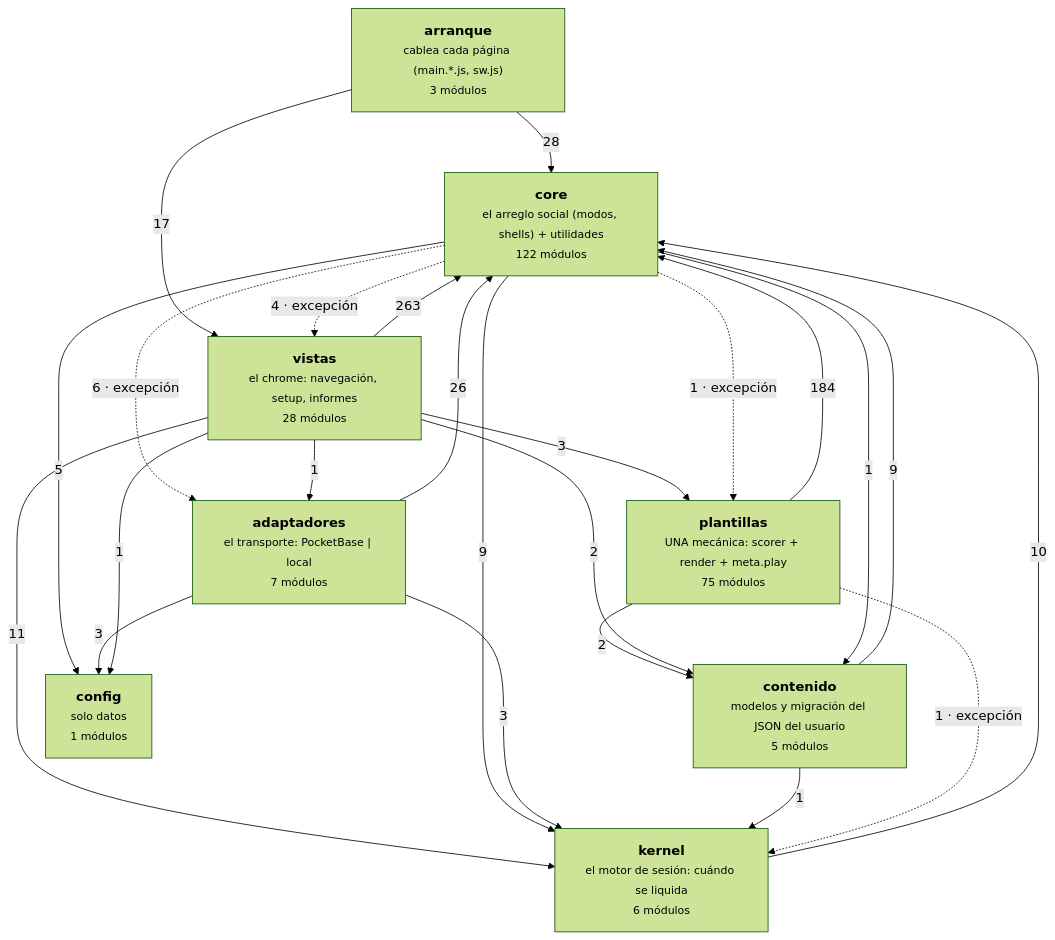
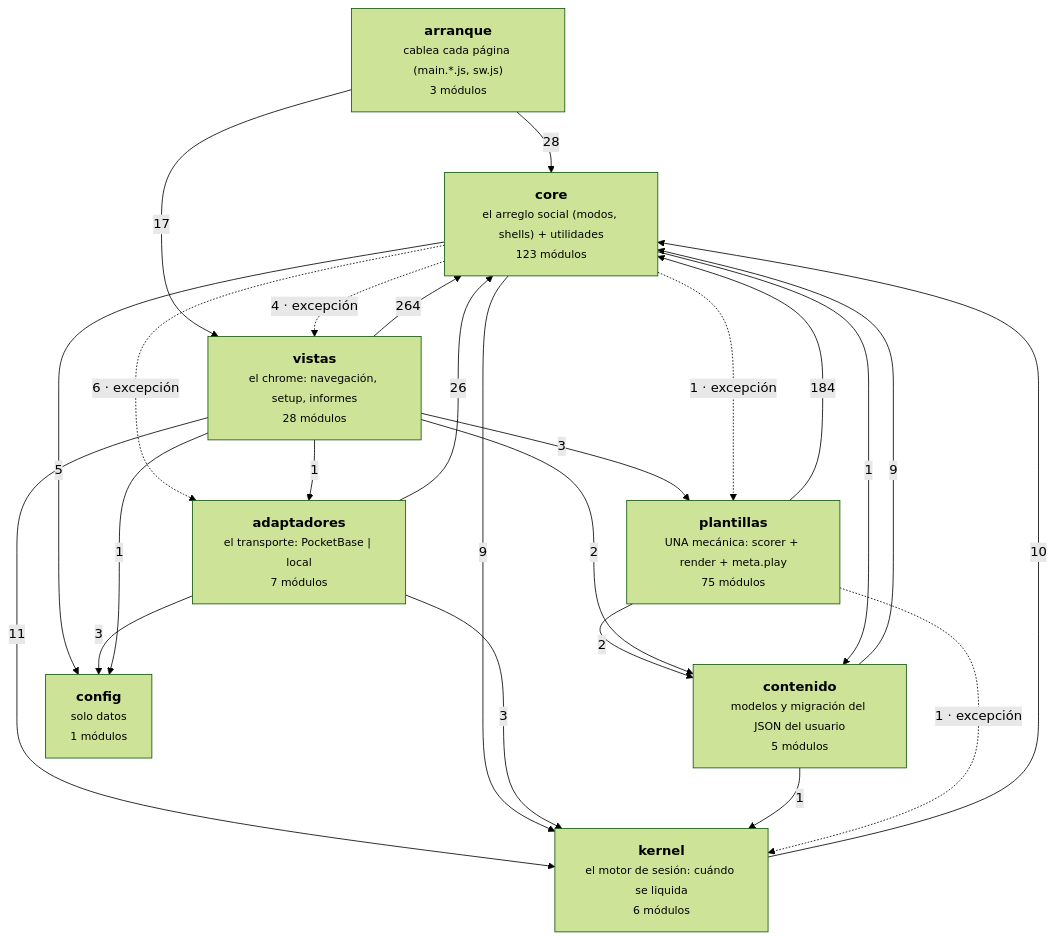
Before and after one commit to duecaz/ac: the diagram in docs/arquitectura-modulos.md, drawn with Mermaid (forest theme). The commit also changed other lines of this file and 4 other files, not shown here.

````diff
--- a/docs/arquitectura-modulos.md
+++ b/docs/arquitectura-modulos.md
@@ -54,34 +54,34 @@
 ```mermaid
 graph TD
   A["<b>arranque</b><br/><small>cablea cada página (main.*.js, sw.js)</small><br/><small>3 módulos</small>"]
   V["<b>vistas</b><br/><small>el chrome: navegación, setup, informes</small><br/><small>28 módulos</small>"]
   AD["<b>adaptadores</b><br/><small>el transporte: PocketBase | local</small><br/><small>7 módulos</small>"]
-  C["<b>core</b><br/><small>el arreglo social (modos, shells) + utilidades</small><br/><small>122 módulos</small>"]
+  C["<b>core</b><br/><small>el arreglo social (modos, shells) + utilidades</small><br/><small>123 módulos</small>"]
   K["<b>kernel</b><br/><small>el motor de sesión: cuándo se liquida</small><br/><small>6 módulos</small>"]
   T["<b>plantillas</b><br/><small>UNA mecánica: scorer + render + meta.play</small><br/><small>75 módulos</small>"]
   CO["<b>contenido</b><br/><small>modelos y migración del JSON del usuario</small><br/><small>5 módulos</small>"]
   CF["<b>config</b><br/><small>solo datos</small><br/><small>1 módulos</small>"]
-  V -->|263| C
+  V -->|264| C
   T -->|184| C
   A -->|28| C
   AD -->|26| C
   A -->|17| V
   V -->|11| K
   K -->|10| C
   C -->|9| K
   CO -->|9| C
   C -.->|6 · excepción| AD
   C -->|5| CF
   C -.->|4 · excepción| V
   AD -->|3| CF
   AD -->|3| K
   V -->|3| T
   T -->|2| CO
   V -->|2| CO
   C -.->|1 · excepción| T
   C -->|1| CO
   CO -->|1| K
   T -.->|1 · excepción| K
   V -->|1| AD
   V -->|1| CF
 ```
````
